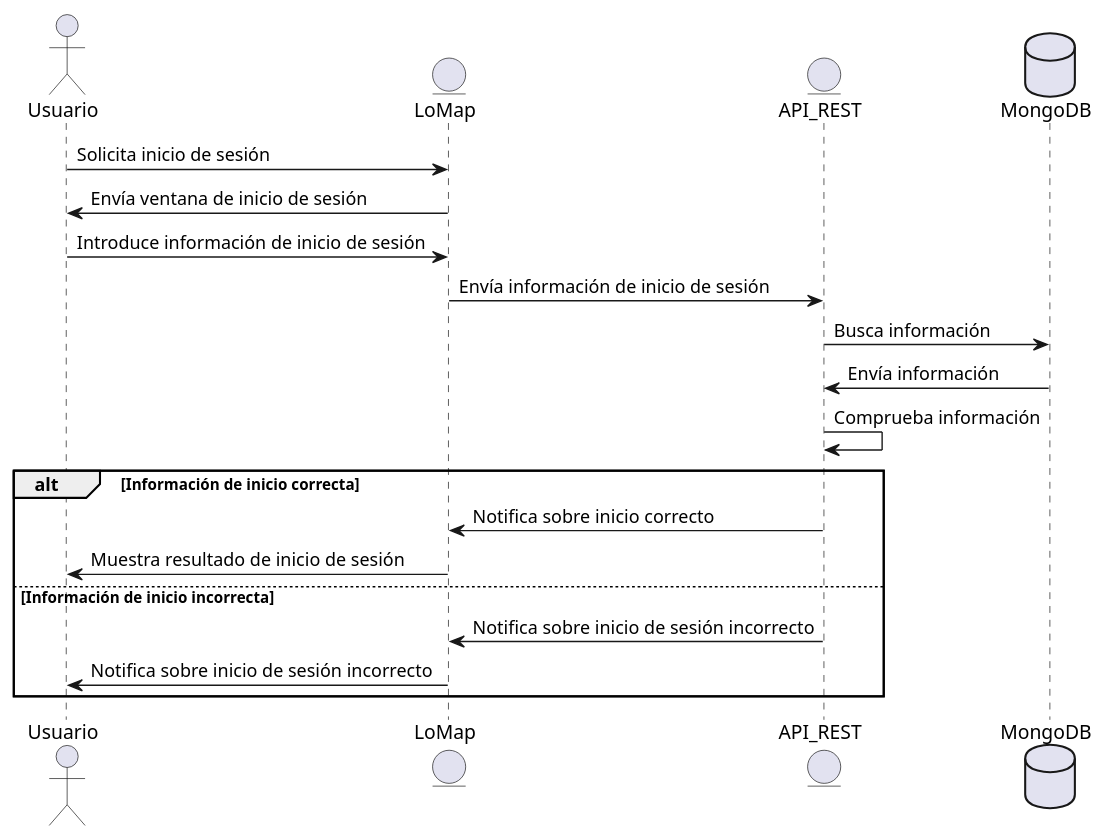
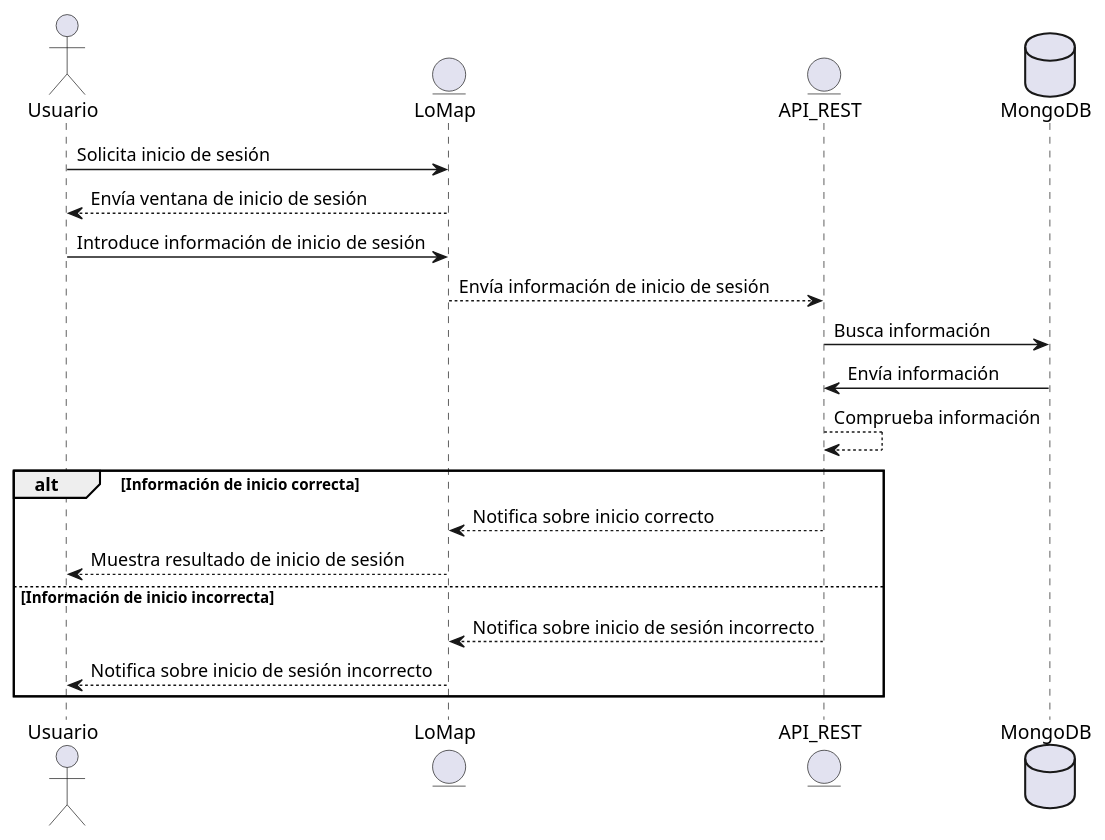
The second of 9 diagrams in docs/06_runtime_view.adoc (Arquisoft/lomap_es3c), drawn with PlantUML before and after one commit. The commit also changed other lines of this file, not shown here.

```diff
--- a/docs/06_runtime_view.adoc
+++ b/docs/06_runtime_view.adoc
@@ -57,21 +57,21 @@
 [plantuml,"Sequence diagram2",png]
 ----
 actor Usuario
 entity LoMap
 Usuario -> LoMap: Solicita inicio de sesión
 entity API_REST
 database MongoDB as "MongoDB"
-LoMap-> Usuario: Envía ventana de inicio de sesión
+LoMap--> Usuario: Envía ventana de inicio de sesión
 Usuario -> LoMap: Introduce información de inicio de sesión
-LoMap -> API_REST: Envía información de inicio de sesión
+LoMap--> API_REST: Envía información de inicio de sesión
 API_REST -> MongoDB: Busca información
 MongoDB -> API_REST: Envía información
-API_REST -> API_REST: Comprueba información
+API_REST--> API_REST: Comprueba información
 alt Información de inicio correcta
-API_REST -> LoMap: Notifica sobre inicio correcto
-LoMap-> Usuario: Muestra resultado de inicio de sesión
+API_REST--> LoMap: Notifica sobre inicio correcto
+LoMap--> Usuario: Muestra resultado de inicio de sesión
 else Información de inicio incorrecta
-API_REST -> LoMap: Notifica sobre inicio de sesión incorrecto
-LoMap-> Usuario: Notifica sobre inicio de sesión incorrecto
+API_REST--> LoMap: Notifica sobre inicio de sesión incorrecto
+LoMap--> Usuario: Notifica sobre inicio de sesión incorrecto
 end
 ----
```
